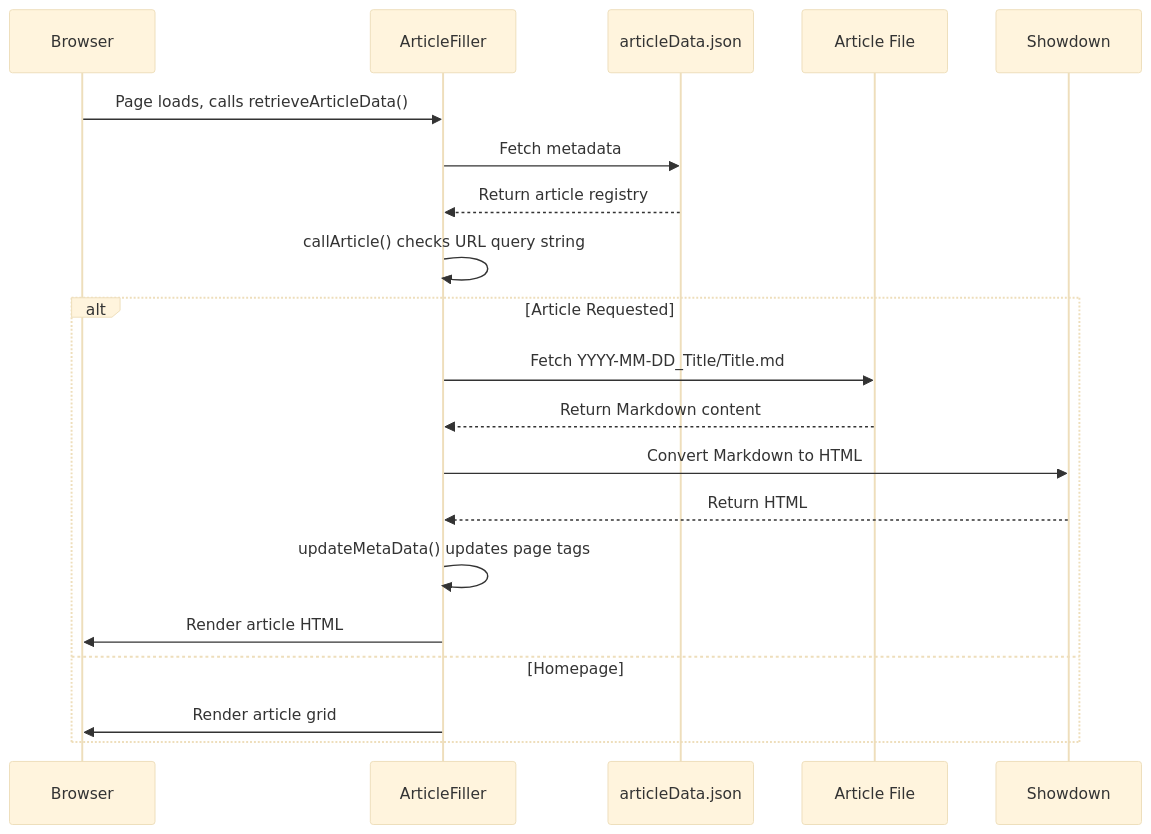
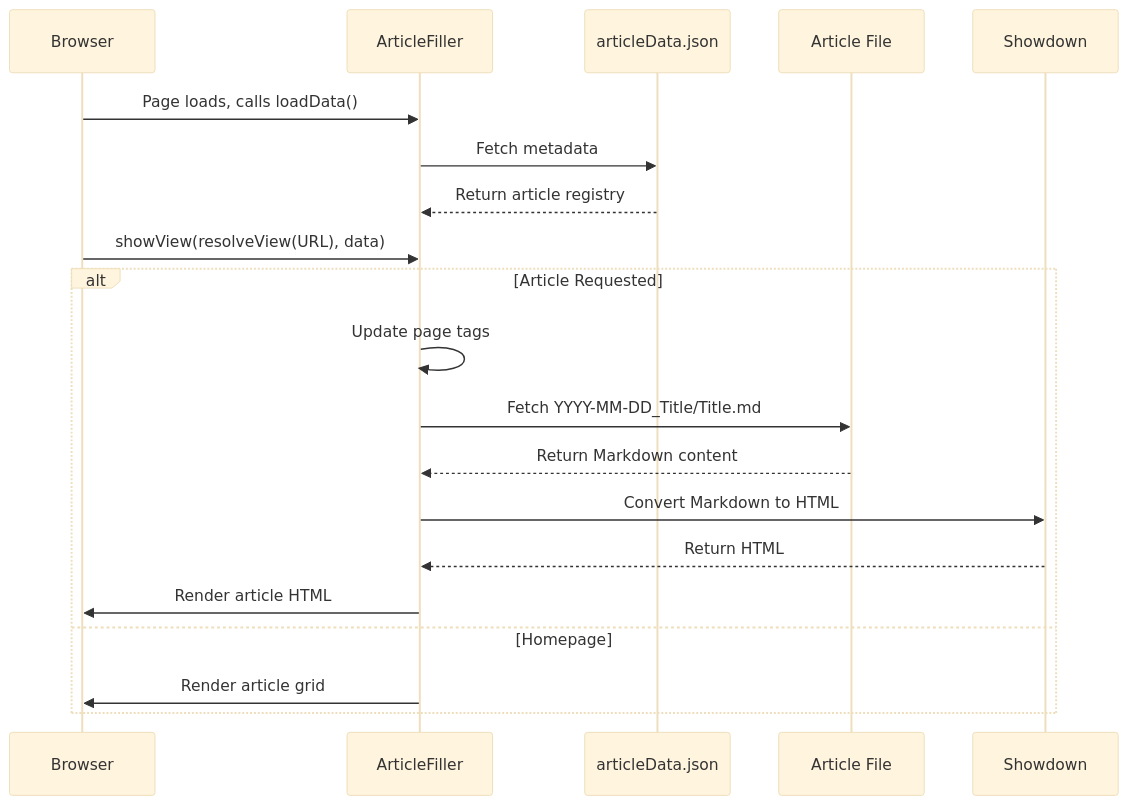
The second of 2 diagrams in docs/architecture/system.md (AlexJSully/Small-Dev-Talk), drawn with Mermaid (base theme) before and after one commit. The commit also changed other lines of this file and 9 other files, not shown here.

First line of the commit message:
Shrink ArticleFiller to three methods and fix query-string routing (#122)

````diff
--- a/docs/architecture/system.md
+++ b/docs/architecture/system.md
@@ -169,25 +166,25 @@
 ```mermaid
 sequenceDiagram
     accTitle: Article loading data flow
-    accDescr: Sequence showing the browser calling ArticleFiller.retrieveArticleData() on page load, which fetches metadata from articleData.json and receives the article registry. callArticle() then checks the URL query string. If an article is requested, ArticleFiller fetches the Markdown file, converts it to HTML with Showdown, calls updateMetaData() to update page tags, and renders the article. Otherwise it renders the homepage article grid.
+    accDescr: Sequence showing the browser calling ArticleFiller.loadData() on page load, which fetches metadata from articleData.json and receives the article registry. resolveView() then reads the view from the URL query string, and showView() shows it. If an article is requested, ArticleFiller updates the page tags, fetches the Markdown file, converts it to HTML with Showdown, and renders the article. Otherwise it renders the homepage article grid.
     participant Browser
     participant AF as ArticleFiller
     participant JSON as articleData.json
     participant Archive as Article File
     participant Showdown
 
-    Browser->>AF: Page loads, calls retrieveArticleData()
+    Browser->>AF: Page loads, calls loadData()
     AF->>JSON: Fetch metadata
     JSON-->>AF: Return article registry
-    AF->>AF: callArticle() checks URL query string
+    Browser->>AF: showView(resolveView(URL), data)
     alt Article Requested
+        AF->>AF: Update page tags
         AF->>Archive: Fetch YYYY-MM-DD_Title/Title.md
         Archive-->>AF: Return Markdown content
         AF->>Showdown: Convert Markdown to HTML
         Showdown-->>AF: Return HTML
-        AF->>AF: updateMetaData() updates page tags
         AF->>Browser: Render article HTML
     else Homepage
         AF->>Browser: Render article grid
     end
 ```
````
